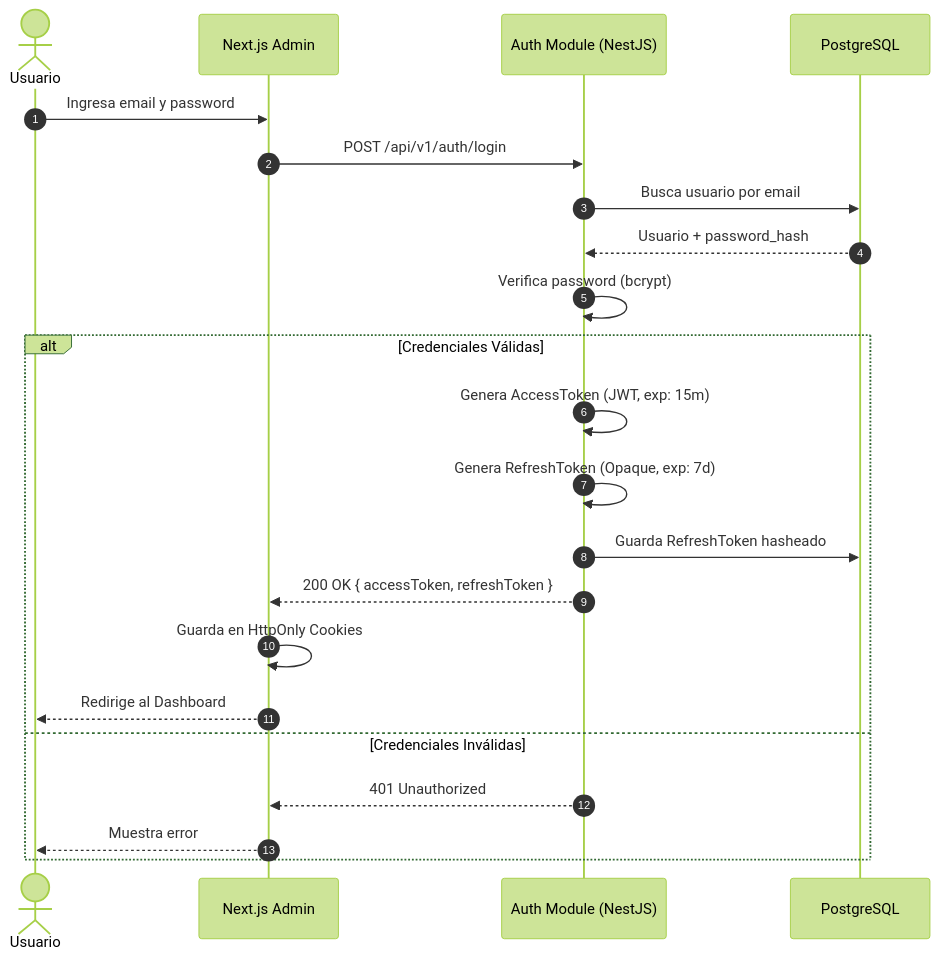
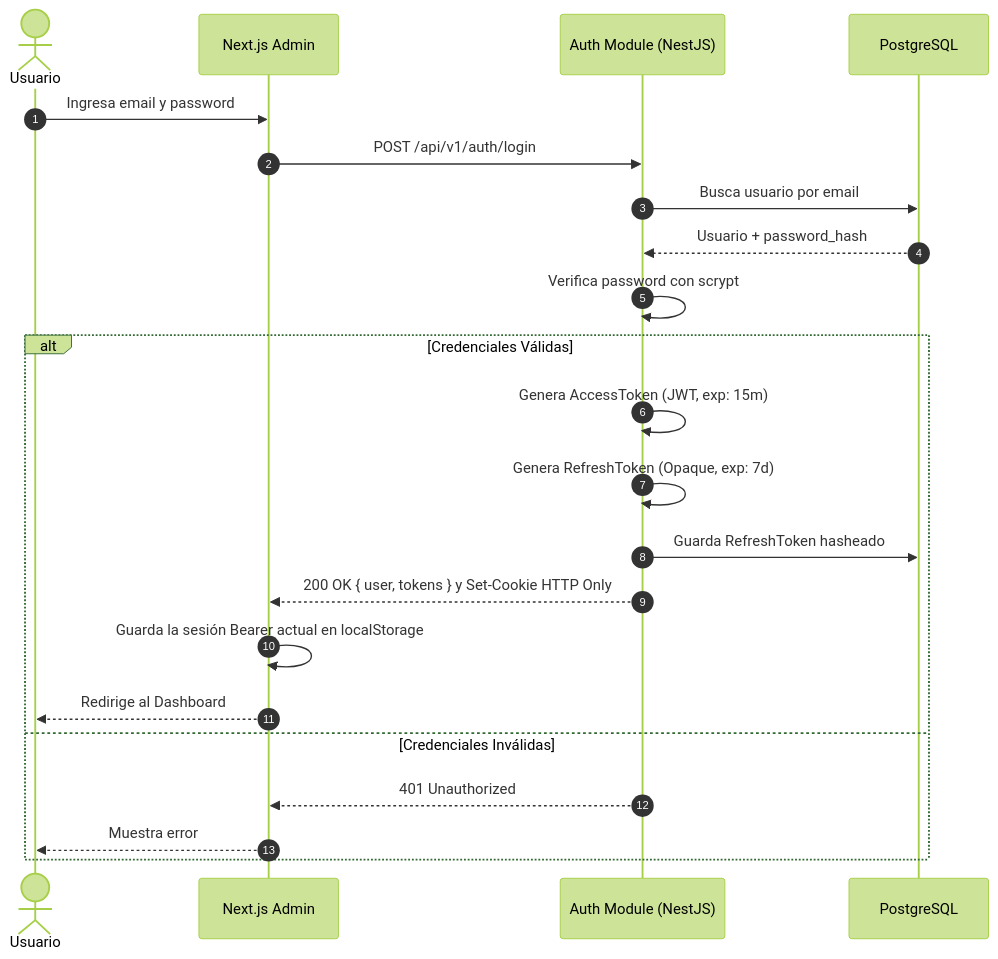
Before and after one commit to No-Country-simulation/S03-26-Equipo-10-Web-App-Development: the third of 4 diagrams in docs/technical/07_flows.md, drawn with Mermaid (forest theme). The commit also changed other lines of this file and 10 other files, not shown here.

Commit message:
docs(architecture): actualizá el estado real y registrá la auditoría de cierre

````diff
--- a/docs/technical/07_flows.md
+++ b/docs/technical/07_flows.md
@@ -96,26 +94,26 @@
 ```mermaid
 sequenceDiagram
     autonumber
     actor U as Usuario
     participant Next as Next.js Admin
     participant API as Auth Module (NestJS)
     participant DB as PostgreSQL
 
     U->>Next: Ingresa email y password
     Next->>API: POST /api/v1/auth/login
     API->>DB: Busca usuario por email
     DB-->>API: Usuario + password_hash
-    API->>API: Verifica password (bcrypt)
+    API->>API: Verifica password con scrypt
     
     alt Credenciales Válidas
         API->>API: Genera AccessToken (JWT, exp: 15m)
         API->>API: Genera RefreshToken (Opaque, exp: 7d)
         API->>DB: Guarda RefreshToken hasheado
-        API-->>Next: 200 OK { accessToken, refreshToken }
-        Next->>Next: Guarda en HttpOnly Cookies
+        API-->>Next: 200 OK { user, tokens } y Set-Cookie HTTP Only
+        Next->>Next: Guarda la sesión Bearer actual en localStorage
         Next-->>U: Redirige al Dashboard
     else Credenciales Inválidas
         API-->>Next: 401 Unauthorized
         Next-->>U: Muestra error
     end
 ```
````
